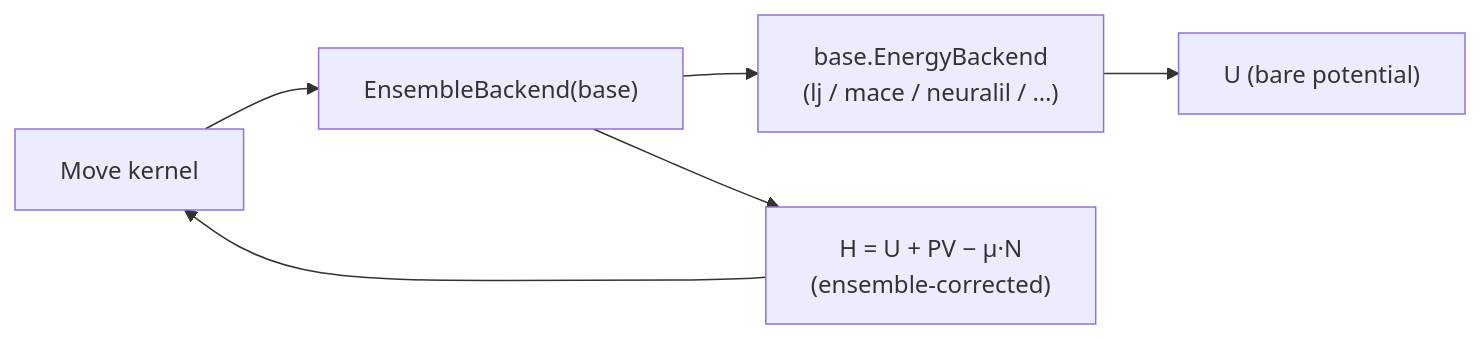
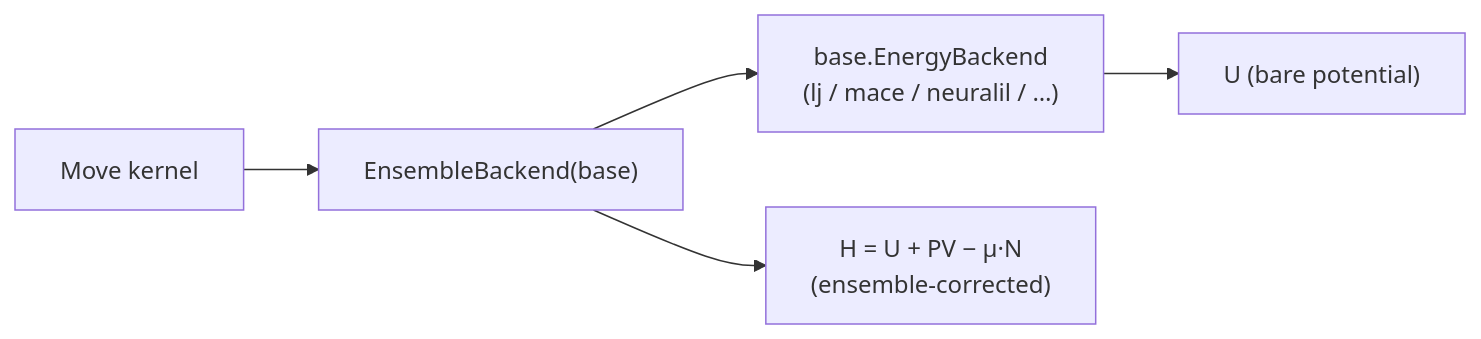
One commit to nunglert/jaxrens changed the diagram in docs/user/concepts/backends.md. Above: the diagram before and after it, drawn with Mermaid. The commit also changed other lines of this file and 18 other files, not shown here.

````diff
--- a/docs/user/concepts/backends.md
+++ b/docs/user/concepts/backends.md
@@ -12,8 +12,7 @@
 ```{mermaid}
 flowchart LR
     M["Move kernel"] --> B["EnsembleBackend(base)"]
     B --> Base["base.EnergyBackend<br/>(lj / mace / neuralil / …)"]
     Base --> U["U  (bare potential)"]
     B --> H["H = U + PV − μ·N<br/>(ensemble-corrected)"]
-    H --> M
 ```
````
